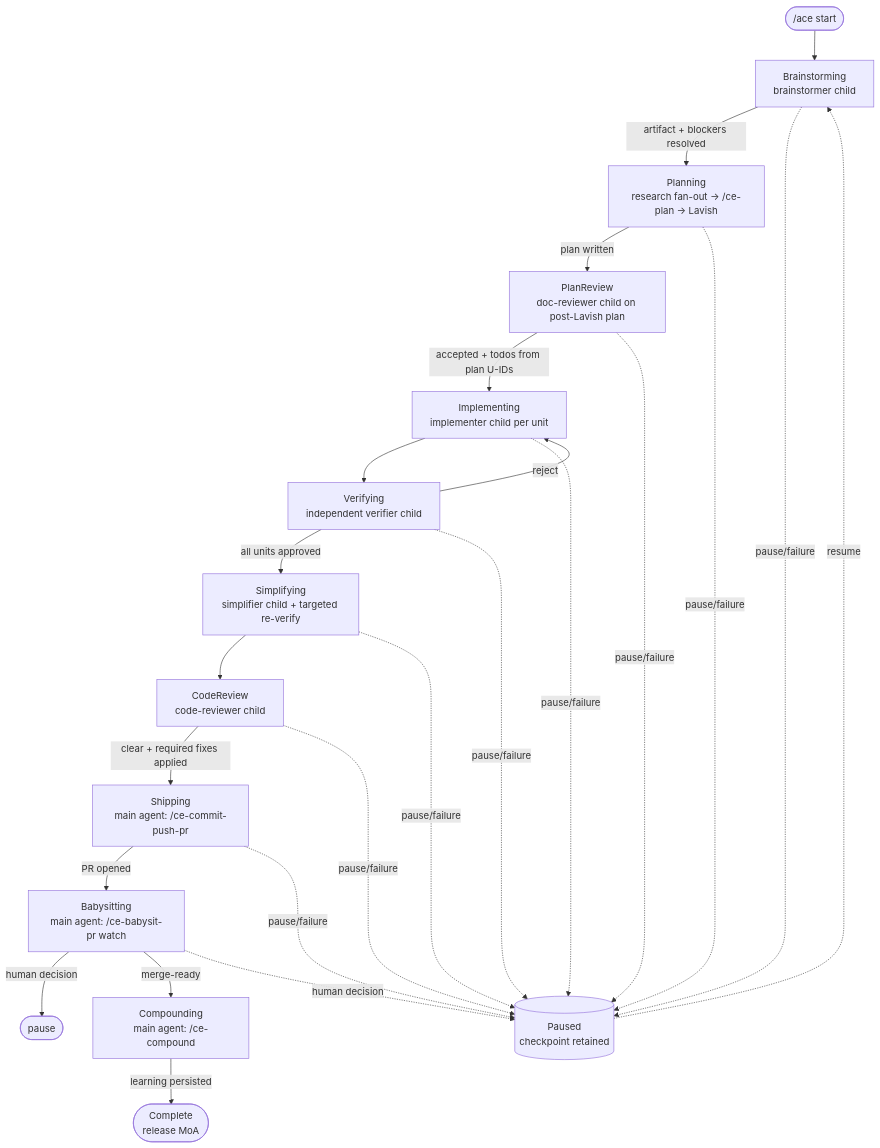
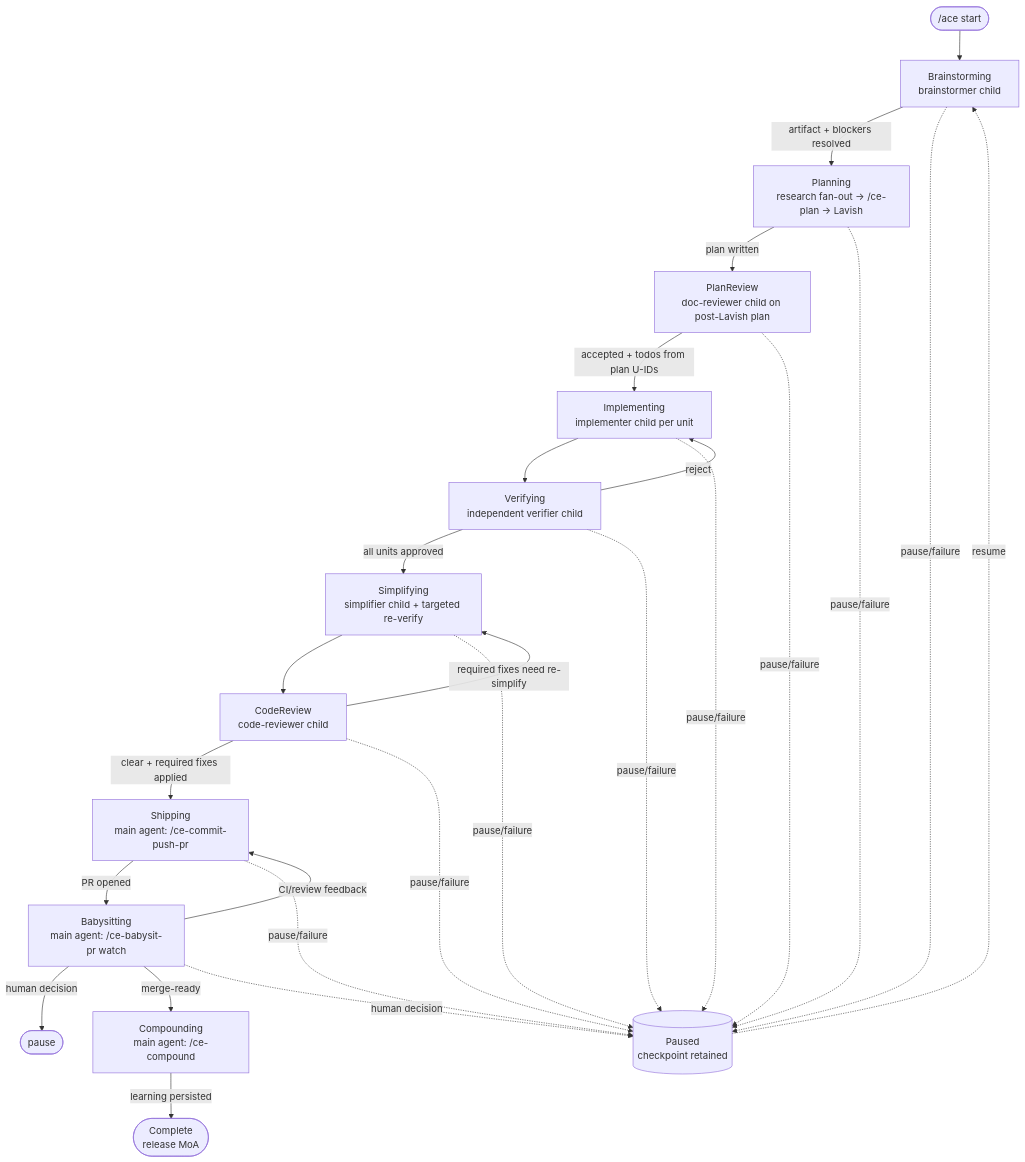
Before and after one commit to AustinDKB/agentic-compound-engineering: the diagram in README.md, drawn with Mermaid.

Commit message:
docs: make the flow diagram match ALLOWED_TRANSITIONS exactly
Add the two back-edges the simplified diagram omitted:
- CodeReview -> Simplifying (required fixes need re-simplify/re-verify)
- Babysitting -> Shipping (CI/review feedback routes back to fix)

Now matches the code's legal transition graph, not just the happy path.

````diff
--- a/README.md
+++ b/README.md
@@ -13,27 +13,29 @@
 ```mermaid
 flowchart TD
     Start(["/ace start"]) --> Brainstorm[Brainstorming<br/>brainstormer child]
     Brainstorm -->|artifact + blockers resolved| Planning[Planning<br/>research fan-out → /ce-plan → Lavish]
     Planning -->|plan written| PlanReview[PlanReview<br/>doc-reviewer child on post-Lavish plan]
     PlanReview -->|accepted + todos from plan U-IDs| Implementing[Implementing<br/>implementer child per unit]
     Implementing --> Verifying[Verifying<br/>independent verifier child]
     Verifying -->|reject| Implementing
     Verifying -->|all units approved| Simplifying[Simplifying<br/>simplifier child + targeted re-verify]
     Simplifying --> CodeReview[CodeReview<br/>code-reviewer child]
+    CodeReview -->|required fixes need re-simplify| Simplifying
     CodeReview -->|clear + required fixes applied| Shipping[Shipping<br/>main agent: /ce-commit-push-pr]
     Shipping -->|PR opened| Babysitting[Babysitting<br/>main agent: /ce-babysit-pr watch]
+    Babysitting -->|CI/review feedback| Shipping
     Babysitting -->|human decision| Pause([pause])
     Babysitting -->|merge-ready| Compounding[Compounding<br/>main agent: /ce-compound]
     Compounding -->|learning persisted| Complete([Complete<br/>release MoA])
 
     Brainstorm -.pause/failure.-> Paused[(Paused<br/>checkpoint retained)]
     Planning -.pause/failure.-> Paused
     PlanReview -.pause/failure.-> Paused
     Implementing -.pause/failure.-> Paused
     Verifying -.pause/failure.-> Paused
     Simplifying -.pause/failure.-> Paused
     CodeReview -.pause/failure.-> Paused
     Shipping -.pause/failure.-> Paused
     Babysitting -.human decision.-> Paused
     Paused -.resume.-> Brainstorm
 ```
````
